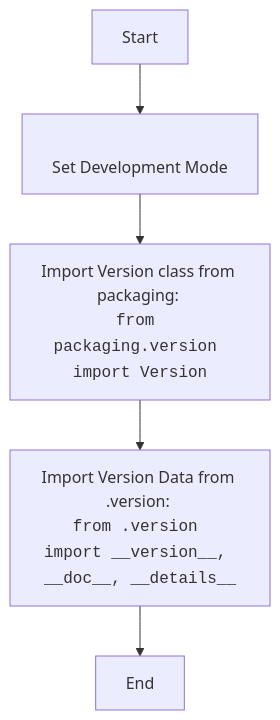
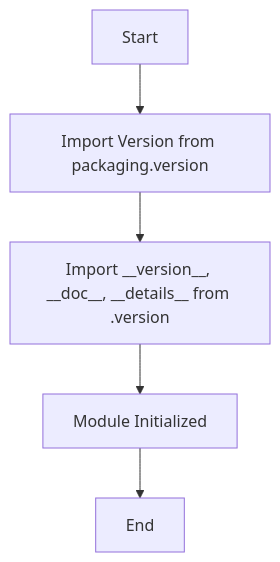
The diagram in docs/gemini/ru/explainer/src/webdriver/firefox/_examples/__init__.py.md (hypo69/hypo), drawn with Mermaid before and after one commit. The commit also changed other lines of this file and 1300 other files, not shown here.

````diff
--- a/docs/gemini/ru/explainer/src/webdriver/firefox/_examples/__init__.py.md
+++ b/docs/gemini/ru/explainer/src/webdriver/firefox/_examples/__init__.py.md
@@ -20,7 +14,7 @@
 ```mermaid
 flowchart TD
-    Start --> DefineMode[<code></code><br>Set Development Mode]
-    DefineMode --> ImportVersion[Import Version class from packaging: <br><code>from packaging.version import Version</code>]
-    ImportVersion --> ImportVersionData[Import Version Data from .version: <br><code>from .version import __version__, __doc__, __details__</code>]
-    ImportVersionData --> End
+    Start --> import_packaging[Import Version from packaging.version]
+    import_packaging --> import_version[Import __version__, __doc__, __details__ from .version]
+    import_version --> Module_Init[Module Initialized]
+    Module_Init --> End
 ```
````
